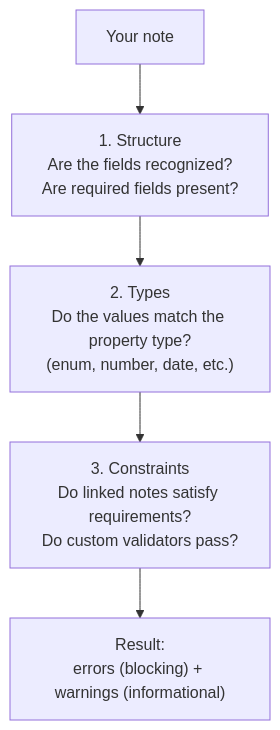
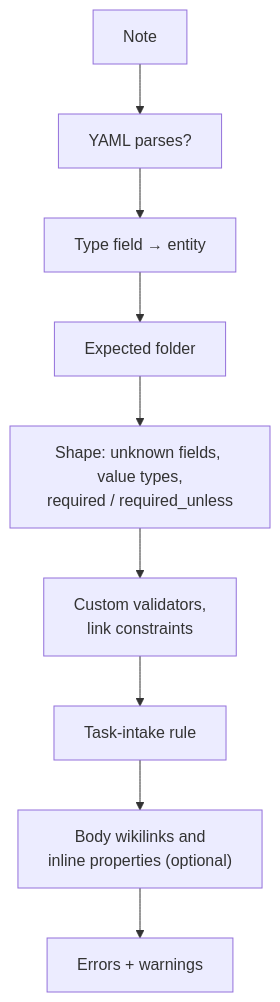
The third of 4 diagrams in docs/architecture.md (mishachepi/obsi-validate), drawn with Mermaid before and after one commit. The commit also changed other lines of this file and 13 other files, not shown here.

First line of the commit message:
docs: match the code — schema reference, CLI, configuration, architecture, mdbase engine, troubleshooting

````diff
--- a/docs/architecture.md
+++ b/docs/architecture.md
@@ -48,8 +50,11 @@
 ```mermaid
 flowchart TB
-    N["Your note"] --> L1
-    L1["1. Structure<br/>Are the fields recognized?<br/>Are required fields present?"]
-    L1 --> L2["2. Types<br/>Do the values match the property type?<br/>(enum, number, date, etc.)"]
-    L2 --> L3["3. Constraints<br/>Do linked notes satisfy requirements?<br/>Do custom validators pass?"]
-    L3 --> R["Result:<br/>errors (blocking) + warnings (informational)"]
+    N["Note"] --> Y["YAML parses?"]
+    Y --> T["Type field → entity"]
+    T --> F["Expected folder"]
+    F --> SH["Shape: unknown fields, value types,<br/>required / required_unless"]
+    SH --> B["Custom validators,<br/>link constraints"]
+    B --> TI["Task-intake rule"]
+    TI --> L["Body wikilinks and<br/>inline properties (optional)"]
+    L --> R["Errors + warnings"]
 ```
````
